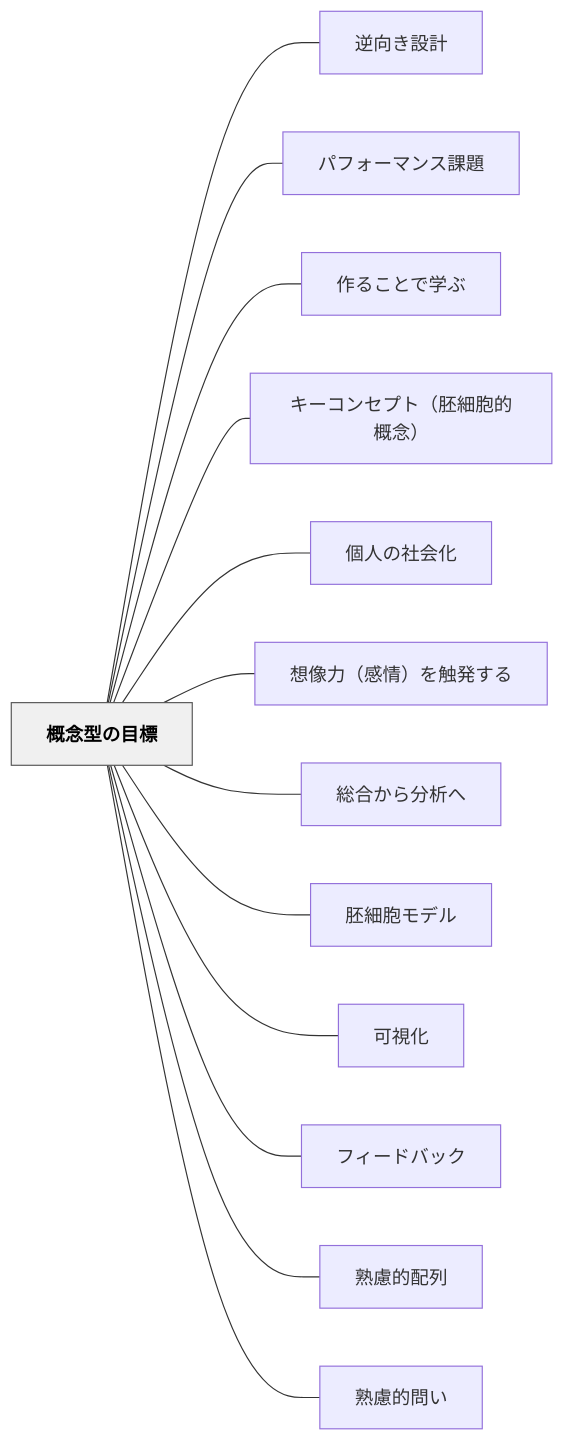
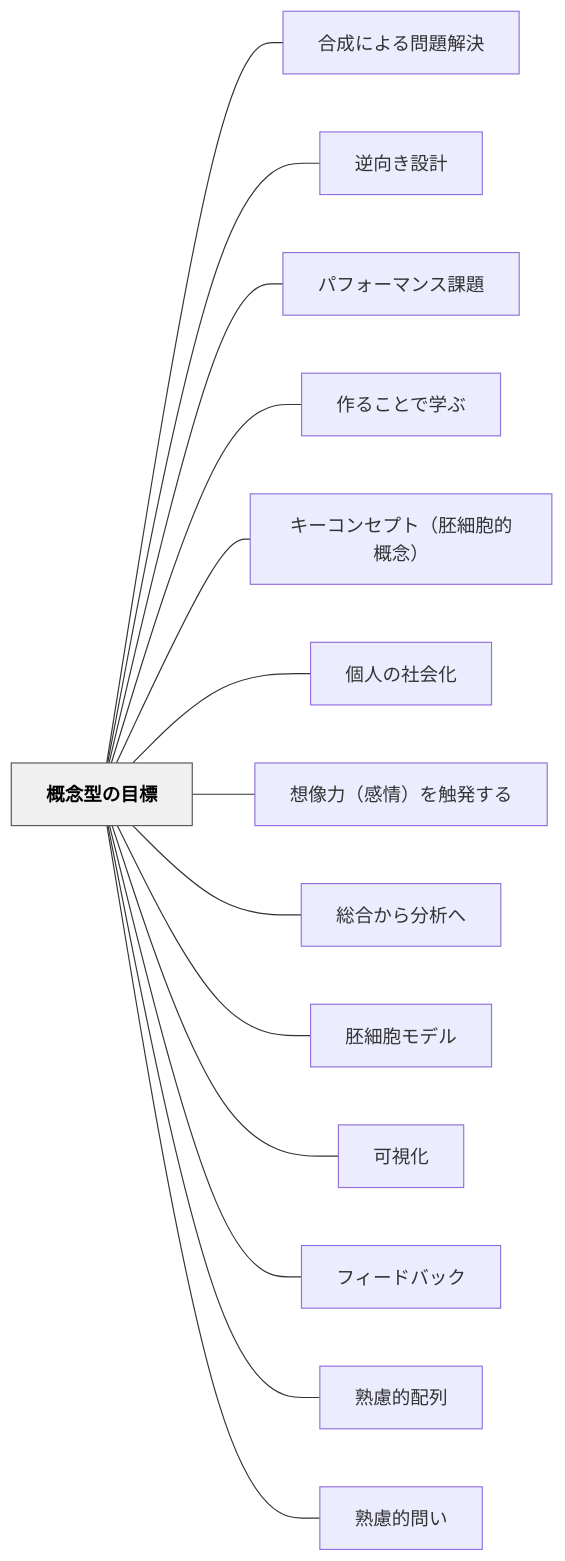
One commit to unknownthings-ed-patterns/unknownthings-ed-patterns changed the diagram in content/パタン/概念型の目標.md. Above: the diagram before and after it, drawn with Mermaid. The commit also changed other lines of this file and 15 other files, not shown here.

````diff
--- a/content/パタン/概念型の目標.md
+++ b/content/パタン/概念型の目標.md
@@ -154,32 +155,34 @@
 ```mermaid
 flowchart LR
     ne6a682e5bfb5e59e8be381aee79baee6a899["概念型の目標"]
+    ne59088e68890e381abe38288e3828be5958fe9a18ce8a7a3e6b1ba["合成による問題解決"]
     ne98086e59091e3818de8a8ade8a888["逆向き設計"]
     ne38391e38395e382a9e383bce3839ee383b3e382b9e8aab2e9a18c["パフォーマンス課題"]
     ne4bd9ce3828be38193e381a8e381a7e5ada6e381b6["作ることで学ぶ"]
     ne382ade383bce382b3e383b3e382bbe38397e38388efbc88e8839ae7b4b0e8839ee79a84e6a682e5bfb5efbc89["キーコンセプト（胚細胞的概念）"]
     ne5808be4babae381aee7a4bee4bc9ae58c96["個人の社会化"]
     ne683b3e5838fe58a9befbc88e6849fe68385efbc89e38292e8a7a6e799bae38199e3828b["想像力（感情）を触発する"]
     ne7b78fe59088e3818be38289e58886e69e90e381b8["総合から分析へ"]
     ne8839ae7b4b0e8839ee383a2e38387e383ab["胚細胞モデル"]
     ne58fafe8a696e58c96["可視化"]
     ne38395e382a3e383bce38389e38390e38383e382af["フィードバック"]
     ne7869fe685aee79a84e9858de58897["熟慮的配列"]
     ne7869fe685aee79a84e5958fe38184["熟慮的問い"]
 
+    ne6a682e5bfb5e59e8be381aee79baee6a899 --- ne59088e68890e381abe38288e3828be5958fe9a18ce8a7a3e6b1ba
     ne6a682e5bfb5e59e8be381aee79baee6a899 --- ne98086e59091e3818de8a8ade8a888
     ne6a682e5bfb5e59e8be381aee79baee6a899 --- ne38391e38395e382a9e383bce3839ee383b3e382b9e8aab2e9a18c
     ne6a682e5bfb5e59e8be381aee79baee6a899 --- ne4bd9ce3828be38193e381a8e381a7e5ada6e381b6
     ne6a682e5bfb5e59e8be381aee79baee6a899 --- ne382ade383bce382b3e383b3e382bbe38397e38388efbc88e8839ae7b4b0e8839ee79a84e6a682e5bfb5efbc89
     ne6a682e5bfb5e59e8be381aee79baee6a899 --- ne5808be4babae381aee7a4bee4bc9ae58c96
     ne6a682e5bfb5e59e8be381aee79baee6a899 --- ne683b3e5838fe58a9befbc88e6849fe68385efbc89e38292e8a7a6e799bae38199e3828b
     ne6a682e5bfb5e59e8be381aee79baee6a899 --- ne7b78fe59088e3818be38289e58886e69e90e381b8
     ne6a682e5bfb5e59e8be381aee79baee6a899 --- ne8839ae7b4b0e8839ee383a2e38387e383ab
     ne6a682e5bfb5e59e8be381aee79baee6a899 --- ne58fafe8a696e58c96
     ne6a682e5bfb5e59e8be381aee79baee6a899 --- ne38395e382a3e383bce38389e38390e38383e382af
     ne6a682e5bfb5e59e8be381aee79baee6a899 --- ne7869fe685aee79a84e9858de58897
     ne6a682e5bfb5e59e8be381aee79baee6a899 --- ne7869fe685aee79a84e5958fe38184
 
     classDef hub fill:#f0f0f0,stroke:#555,color:#000,font-weight:bold
     class ne6a682e5bfb5e59e8be381aee79baee6a899 hub
 ```
````
